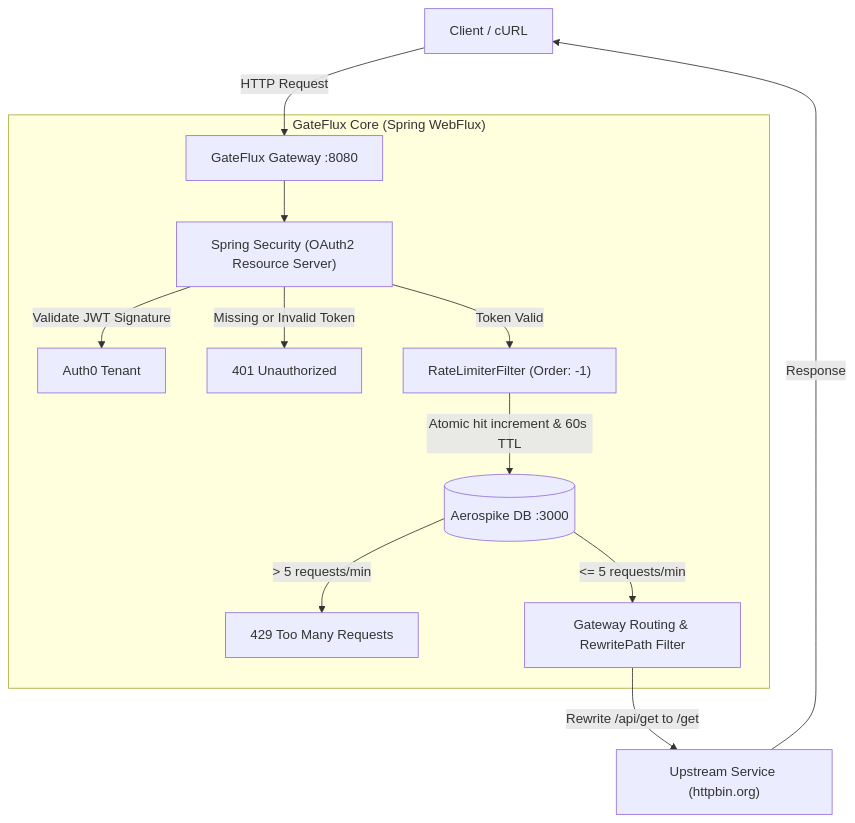
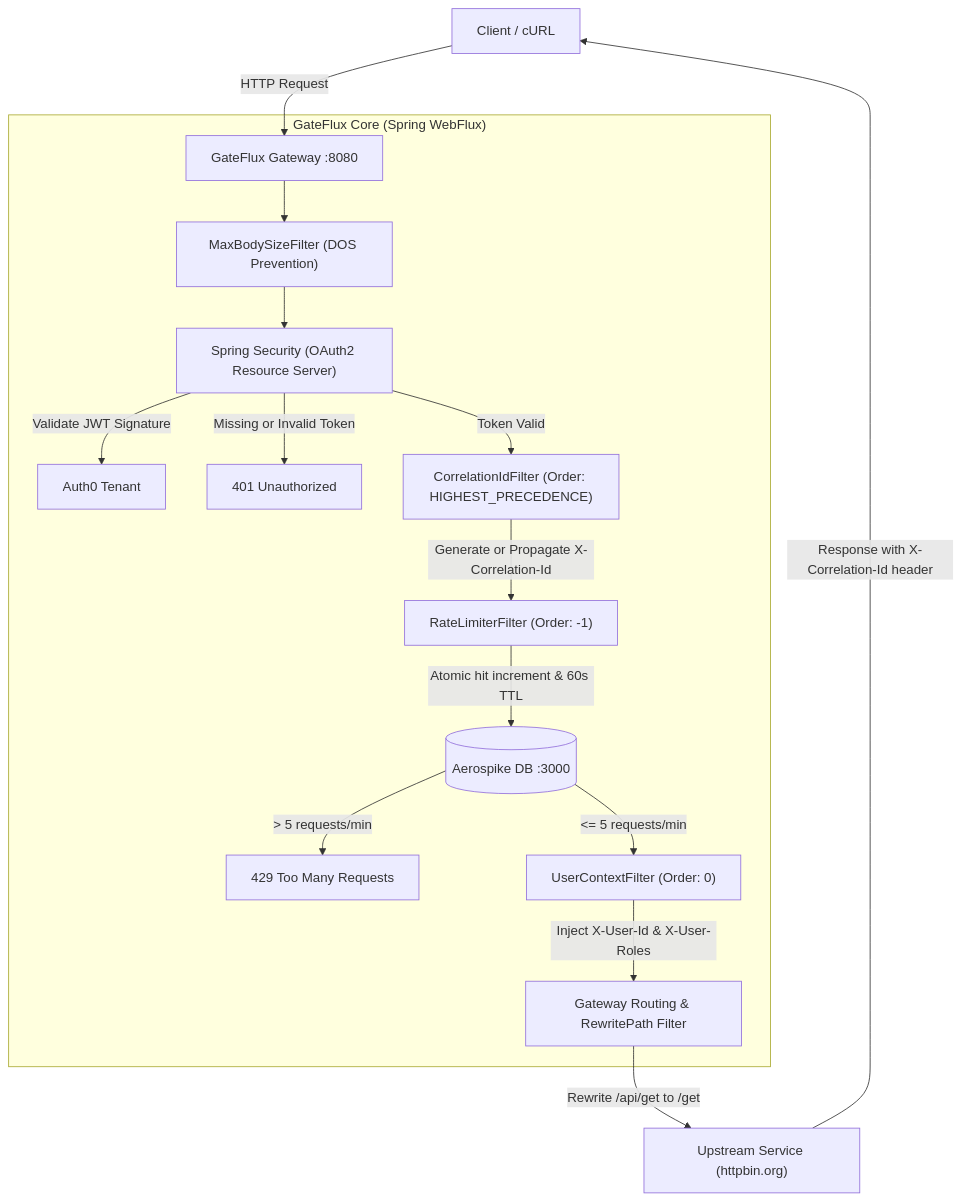
One commit to vineet-motwani/backend_projects changed the diagram in java/gateflux/gateflux/README.md. Above: the diagram before and after it, drawn with Mermaid. The commit also changed other lines of this file and 4 other files, not shown here.

Commit message:
feat: add correlation ID tracing, JWT user context enrichment, tests, and documentation

````diff
--- a/java/gateflux/gateflux/README.md
+++ b/java/gateflux/gateflux/README.md
@@ -11,19 +11,23 @@
 ```mermaid
 flowchart TD
     Client["Client / cURL"] -->|HTTP Request| Gateway["GateFlux Gateway :8080"]
 
     subgraph GateFlux ["GateFlux Core (Spring WebFlux)"]
-        Gateway --> Sec["Spring Security (OAuth2 Resource Server)"]
+        Gateway --> MaxBody["MaxBodySizeFilter (DOS Prevention)"]
+        MaxBody --> Sec["Spring Security (OAuth2 Resource Server)"]
         Sec -->|Validate JWT Signature| Auth0["Auth0 Tenant"]
         
         Sec -->|Missing or Invalid Token| Resp401["401 Unauthorized"]
-        Sec -->|Token Valid| RL["RateLimiterFilter (Order: -1)"]
+        Sec -->|Token Valid| Trace["CorrelationIdFilter (Order: HIGHEST_PRECEDENCE)"]
 
+        Trace -->|Generate or Propagate X-Correlation-Id| RL["RateLimiterFilter (Order: -1)"]
         RL -->|Atomic hit increment & 60s TTL| Aero[("Aerospike DB :3000")]
         Aero -->|> 5 requests/min| Resp429["429 Too Many Requests"]
-        Aero -->|<= 5 requests/min| Route["Gateway Routing & RewritePath Filter"]
+        Aero -->|<= 5 requests/min| UserCtx["UserContextFilter (Order: 0)"]
+
+        UserCtx -->|Inject X-User-Id & X-User-Roles| Route["Gateway Routing & RewritePath Filter"]
     end
 
     Route -->|Rewrite /api/get to /get| Upstream["Upstream Service (httpbin.org)"]
-    Upstream -->|Response| Client
+    Upstream -->|Response with X-Correlation-Id header| Client
 ```
````
